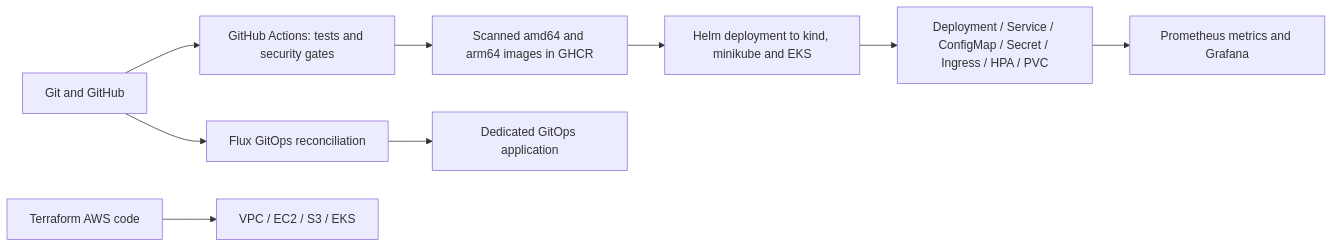
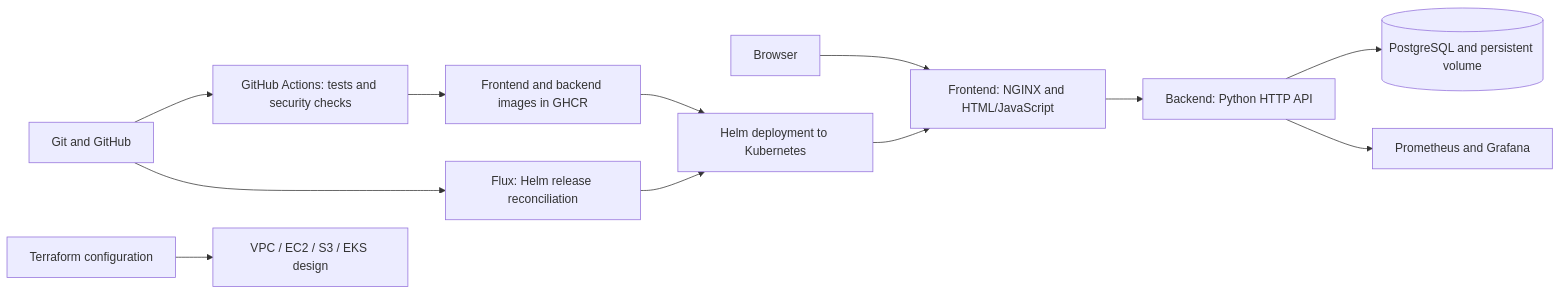
Before and after one commit to rajasurya-rjs/devops-heros: the diagram in final-devops-project/README.md, drawn with Mermaid. The commit also changed other lines of this file and 44 other files, not shown here.

````diff
--- a/final-devops-project/README.md
+++ b/final-devops-project/README.md
@@ -15,11 +18,14 @@
 ```mermaid
 flowchart LR
-  Git[Git and GitHub] --> CI[GitHub Actions: tests and security gates]
-  CI --> Image[Scanned amd64 and arm64 images in GHCR]
-  Image --> Helm[Helm deployment to kind, minikube and EKS]
-  Helm --> K8s[Deployment / Service / ConfigMap / Secret / Ingress / HPA / PVC]
-  K8s --> Monitor[Prometheus metrics and Grafana]
-  Git --> Flux[Flux GitOps reconciliation]
-  Flux --> Demo[Dedicated GitOps application]
-  Terraform[Terraform AWS code] --> Cloud[VPC / EC2 / S3 / EKS]
+  Browser[Browser] --> Frontend[Frontend: NGINX and HTML/JavaScript]
+  Frontend --> Backend[Backend: Python HTTP API]
+  Backend --> Database[(PostgreSQL and persistent volume)]
+  Git[Git and GitHub] --> CI[GitHub Actions: tests and security checks]
+  CI --> Images[Frontend and backend images in GHCR]
+  Images --> Helm[Helm deployment to Kubernetes]
+  Helm --> Frontend
+  Backend --> Monitoring[Prometheus and Grafana]
+  Git --> Flux[Flux: Helm release reconciliation]
+  Flux --> Helm
+  Terraform[Terraform configuration] --> Cloud[VPC / EC2 / S3 / EKS design]
 ```
````
